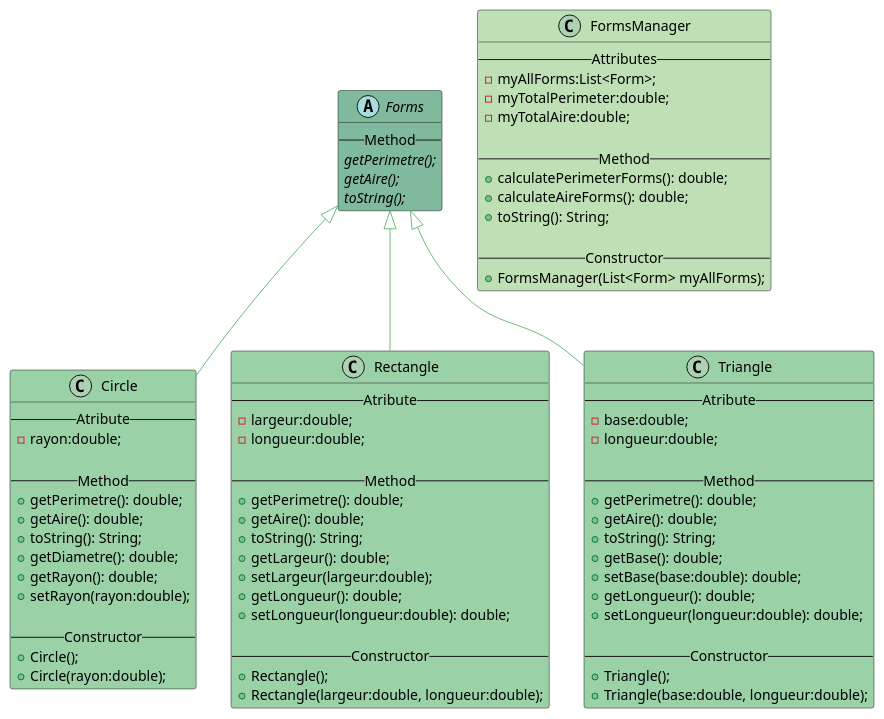
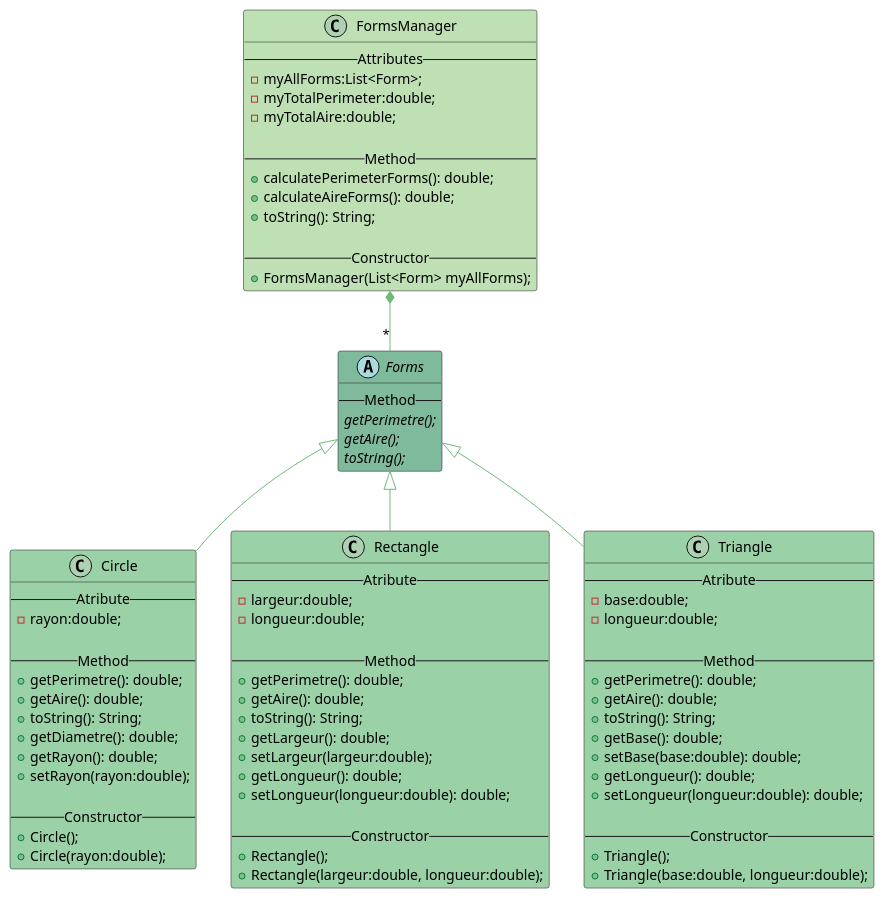
One commit to BSamet/fil_rouge_4.0.2 changed the diagram in filrouge_402-BACK/umlFilRouge.puml. Above: the diagram before and after it, drawn with PlantUML.

Commit message:
Samet : UML uptaded

```diff
--- a/filrouge_402-BACK/umlFilRouge.puml
+++ b/filrouge_402-BACK/umlFilRouge.puml
@@ -1,84 +1,85 @@
 @startuml
 
 abstract class Forms #80BA9D {
     --Method--
     {abstract} getPerimetre();
     {abstract} getAire();
     {abstract} toString();
 }
 
 class Circle #9BD1A7 {
     --Atribute--
     -rayon:double;
 
     --Method--
     +getPerimetre(): double;
     +getAire(): double;
     +toString(): String;
     +getDiametre(): double;
     +getRayon(): double;
     +setRayon(rayon:double);
 
     --Constructor--
     +Circle();
     +Circle(rayon:double);
 }
 
 class Rectangle #9BD1A7 {
     --Atribute--
     -largeur:double;
     -longueur:double;
 
     --Method--
     +getPerimetre(): double;
     +getAire(): double;
     +toString(): String;
     +getLargeur(): double;
     +setLargeur(largeur:double);
     +getLongueur(): double;
     +setLongueur(longueur:double): double;
 
     --Constructor--
     +Rectangle();
     +Rectangle(largeur:double, longueur:double);
 }
 
 class Triangle #9BD1A7 {
     --Atribute--
     -base:double;
     -longueur:double;
 
     --Method--
     +getPerimetre(): double;
     +getAire(): double;
     +toString(): String;
     +getBase(): double;
     +setBase(base:double): double;
     +getLongueur(): double;
     +setLongueur(longueur:double): double;
 
     --Constructor--
     +Triangle();
     +Triangle(base:double, longueur:double);
 }
 
 class FormsManager #BEE0B4 {
     --Attributes--
     -myAllForms:List<Form>;
     -myTotalPerimeter:double;
     -myTotalAire:double;
 
     --Method--
     +calculatePerimeterForms(): double;
     +calculateAireForms(): double;
     +toString(): String;
 
     --Constructor--
     +FormsManager(List<Form> myAllForms);
 }
 
 Forms <|-- Circle #6CBB7A
 Forms <|-- Rectangle #6CBB7A
 Forms <|-- Triangle #6CBB7A
+FormsManager *-- "*" Forms #6CBB7A
 
 @enduml
```
